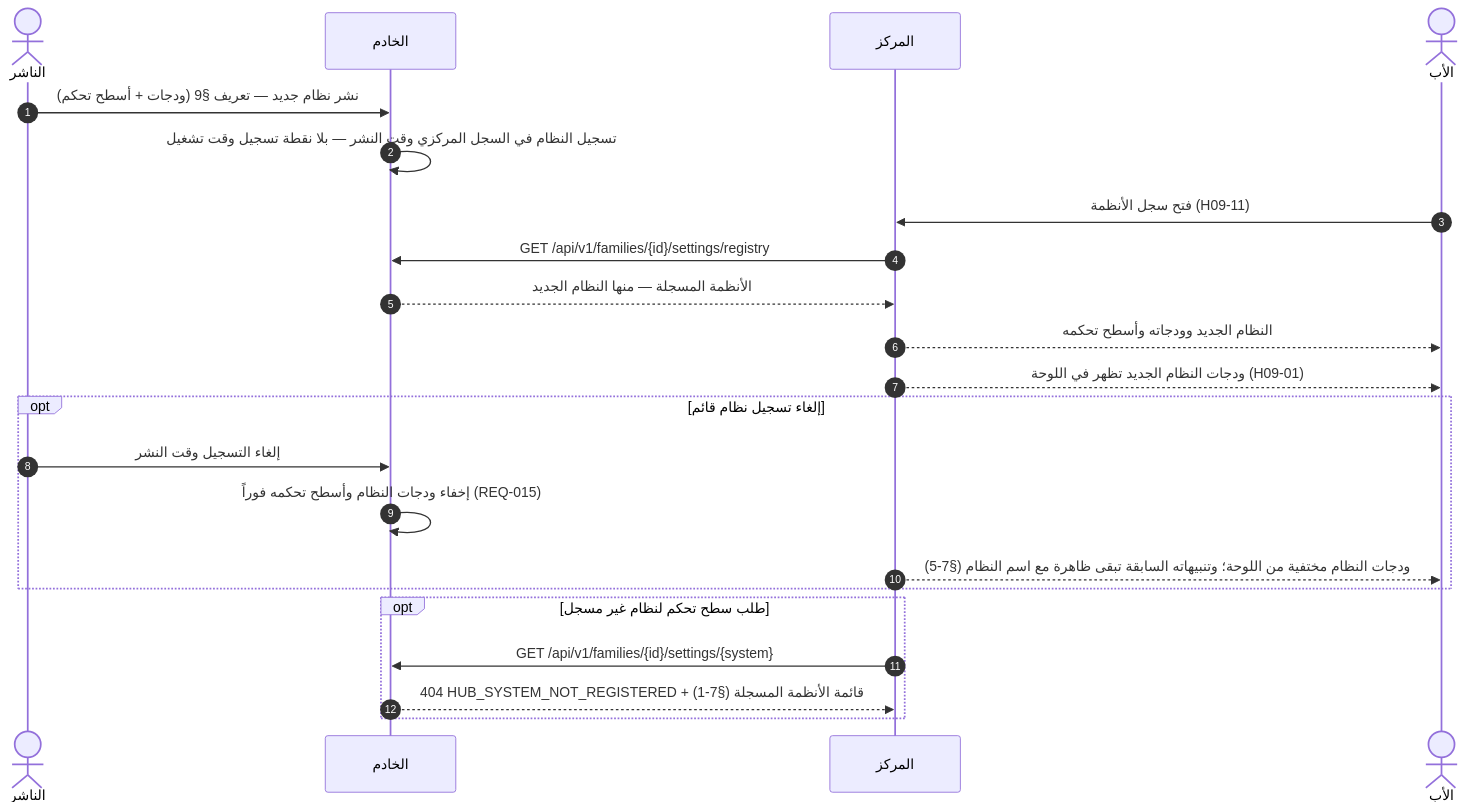
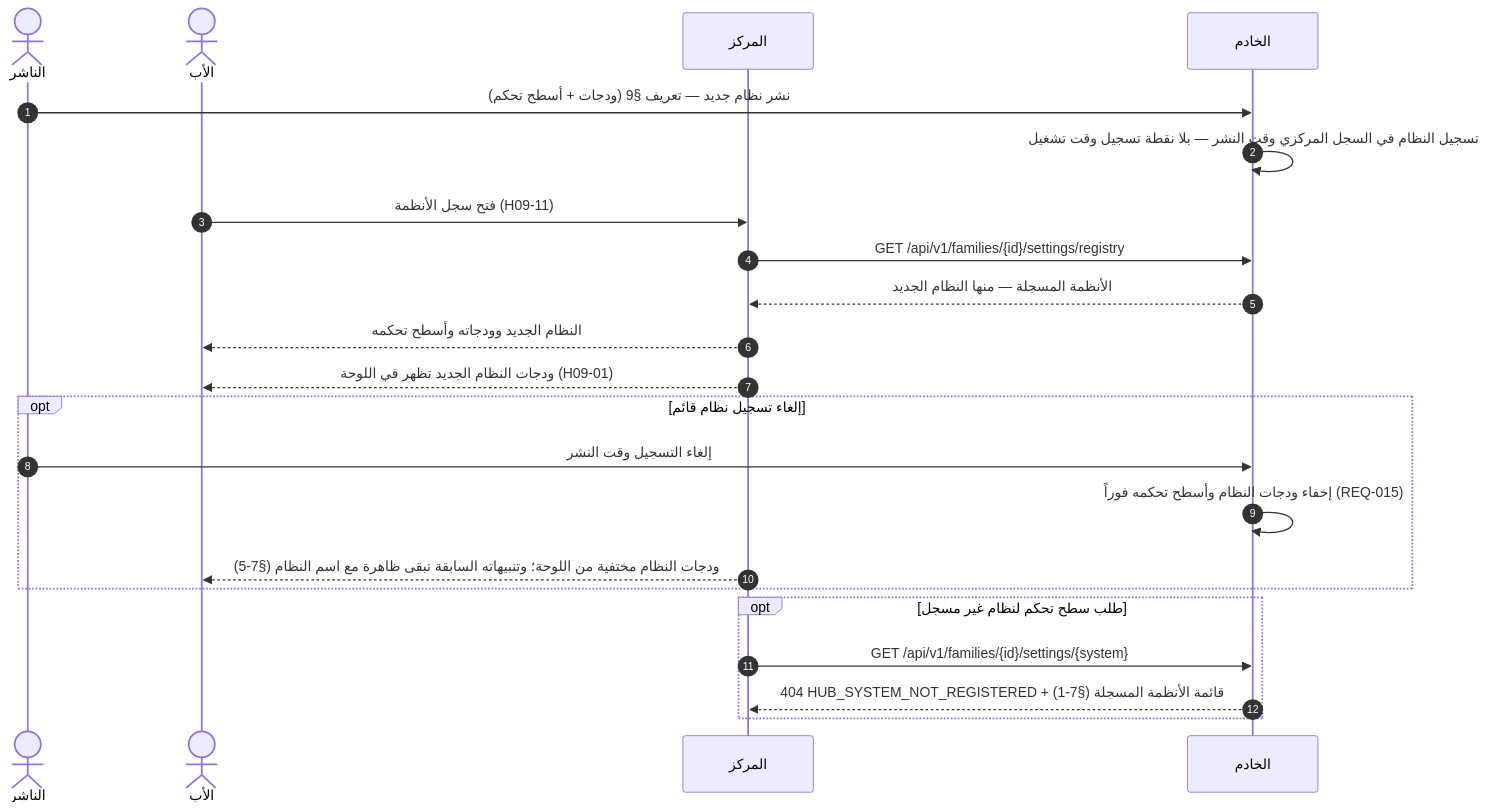
Before and after one commit to Bassam-mohammed-alqaeadi/family-os-v2: the tenth of 19 diagrams in docs/family-os/governance/phases/phase-1/S1-09-command-center-and-settings/DIAGRAMS.md, drawn with Mermaid. The commit also changed other lines of this file, not shown here.

````diff
--- a/docs/family-os/governance/phases/phase-1/S1-09-command-center-and-settings/DIAGRAMS.md
+++ b/docs/family-os/governance/phases/phase-1/S1-09-command-center-and-settings/DIAGRAMS.md
@@ -392,24 +422,24 @@
 ```mermaid
 sequenceDiagram
     autonumber
     actor Deployer as الناشر
+    actor Father as الأب
+    participant Hub as المركز
     participant Ktor as الخادم
-    participant Hub as المركز
-    actor Father as الأب
     Deployer->>Ktor: نشر نظام جديد — تعريف §9 (ودجات + أسطح تحكم)
     Ktor->>Ktor: تسجيل النظام في السجل المركزي وقت النشر — بلا نقطة تسجيل وقت تشغيل
     Father->>Hub: فتح سجل الأنظمة (H09-11)
     Hub->>Ktor: GET /api/v1/families/{id}/settings/registry
     Ktor-->>Hub: الأنظمة المسجلة — منها النظام الجديد
     Hub-->>Father: النظام الجديد وودجاته وأسطح تحكمه
     Hub-->>Father: ودجات النظام الجديد تظهر في اللوحة (H09-01)
     opt إلغاء تسجيل نظام قائم
         Deployer->>Ktor: إلغاء التسجيل وقت النشر
         Ktor->>Ktor: إخفاء ودجات النظام وأسطح تحكمه فوراً (REQ-015)
         Hub-->>Father: ودجات النظام مختفية من اللوحة؛ وتنبيهاته السابقة تبقى ظاهرة مع اسم النظام (§7-5)
     end
     opt طلب سطح تحكم لنظام غير مسجل
         Hub->>Ktor: GET /api/v1/families/{id}/settings/{system}
         Ktor-->>Hub: 404 HUB_SYSTEM_NOT_REGISTERED + قائمة الأنظمة المسجلة (§7-1)
     end
 ```
````
